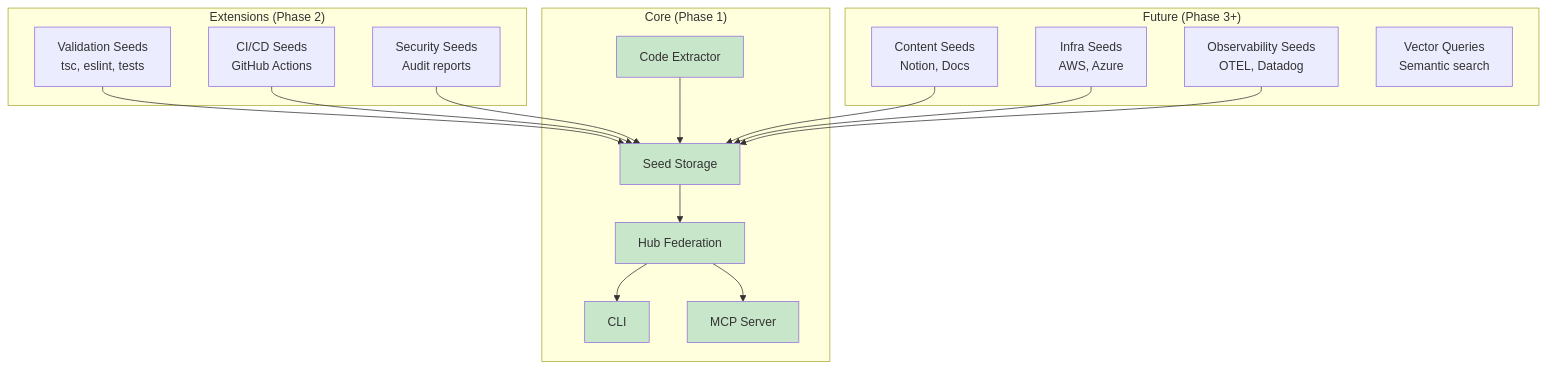
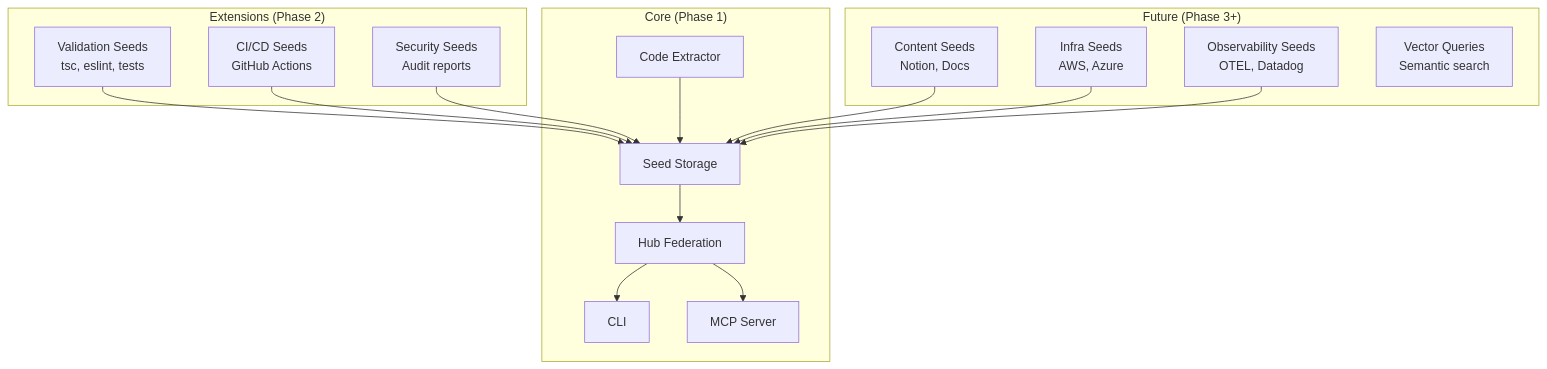
One commit to pietgk/vivief changed the sixth of 8 diagrams in docs/architecture/devac-v3-architecture.md. Above: the diagram before and after it, drawn with Mermaid. The commit also changed other lines of this file, not shown here.

Commit message:
documentation: devac-v3-architecture 0.2

````diff
--- a/docs/architecture/devac-v3-architecture.md
+++ b/docs/architecture/devac-v3-architecture.md
@@ -311,42 +276,36 @@
 ```mermaid
 graph TB
     subgraph "Core (Phase 1)"
         CORE_EXT[Code Extractor]
         CORE_SEED[Seed Storage]
         CORE_HUB[Hub Federation]
         CORE_CLI[CLI]
         CORE_MCP[MCP Server]
     end
 
     subgraph "Extensions (Phase 2)"
         EXT_VAL[Validation Seeds<br/>tsc, eslint, tests]
         EXT_CICD[CI/CD Seeds<br/>GitHub Actions]
         EXT_SEC[Security Seeds<br/>Audit reports]
     end
 
     subgraph "Future (Phase 3+)"
         FUT_CONTENT[Content Seeds<br/>Notion, Docs]
         FUT_INFRA[Infra Seeds<br/>AWS, Azure]
         FUT_OBS[Observability Seeds<br/>OTEL, Datadog]
         FUT_VEC[Vector Queries<br/>Semantic search]
     end
 
     CORE_EXT --> CORE_SEED
     CORE_SEED --> CORE_HUB
     CORE_HUB --> CORE_CLI
     CORE_HUB --> CORE_MCP
 
     EXT_VAL --> CORE_SEED
     EXT_CICD --> CORE_SEED
     EXT_SEC --> CORE_SEED
 
     FUT_CONTENT --> CORE_SEED
     FUT_INFRA --> CORE_SEED
     FUT_OBS --> CORE_SEED
-
-    style CORE_EXT fill:#c8e6c9
-    style CORE_SEED fill:#c8e6c9
-    style CORE_HUB fill:#c8e6c9
-    style CORE_CLI fill:#c8e6c9
-    style CORE_MCP fill:#c8e6c9
 ```
````
